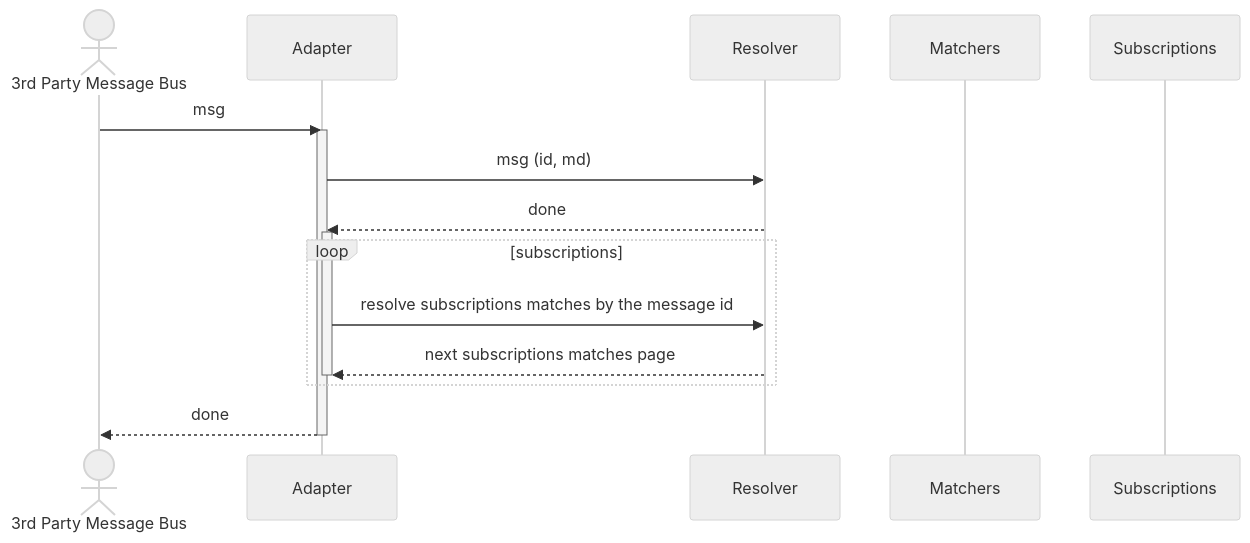
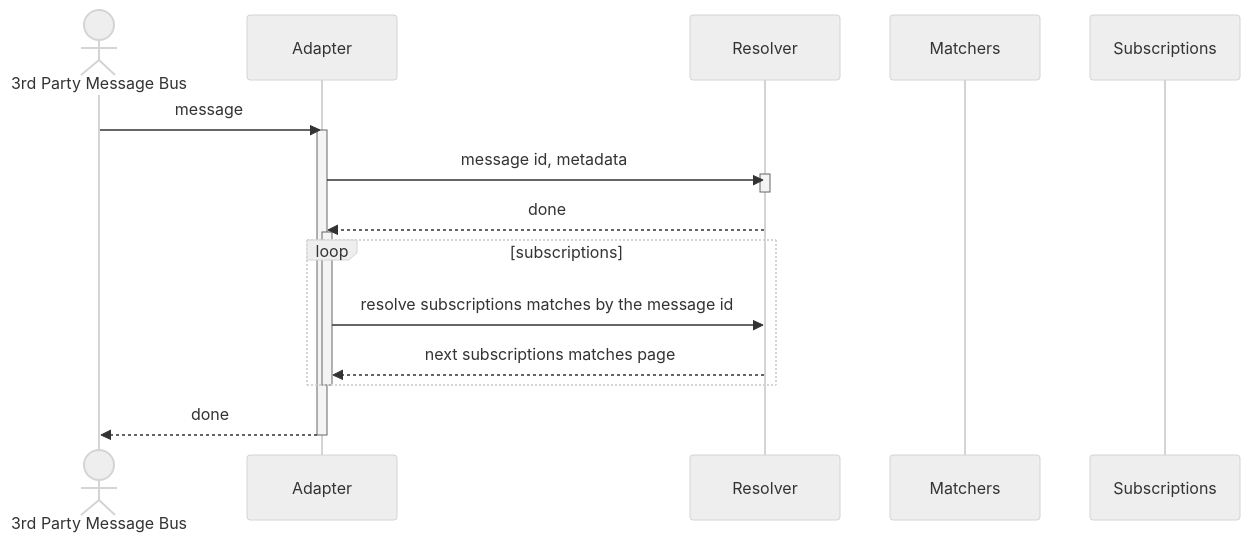
Before and after one commit to awakari/.github: the diagram in profile/README.md, drawn with Mermaid.

````diff
--- a/profile/README.md
+++ b/profile/README.md
@@ -13,21 +13,23 @@
 ```mermaid
 %%{init: {'theme': 'neutral' } }%%
 sequenceDiagram
     actor 3rd Party Message Bus
     participant Adapter
     participant Resolver
     participant Matchers
     participant Subscriptions
-    3rd Party Message Bus->>Adapter: msg
+    3rd Party Message Bus->>Adapter: message
     activate Adapter
-    Adapter->>Resolver: msg (id, md) 
+    Adapter->>Resolver: message id, metadata
+    activate Resolver
+    deactivate Resolver
     Resolver-->>Adapter: done
     activate Adapter
     loop subscriptions
         Adapter->>Resolver: resolve subscriptions matches by the message id
         Resolver-->>Adapter: next subscriptions matches page
-        deactivate Adapter
     end
+    deactivate Adapter
     Adapter-->>3rd Party Message Bus: done
     deactivate Adapter
 ```
````
